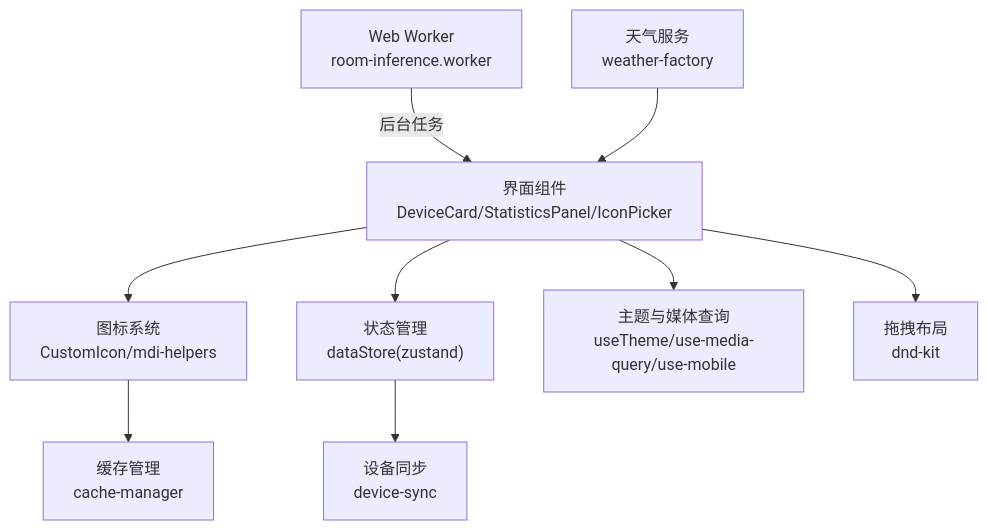
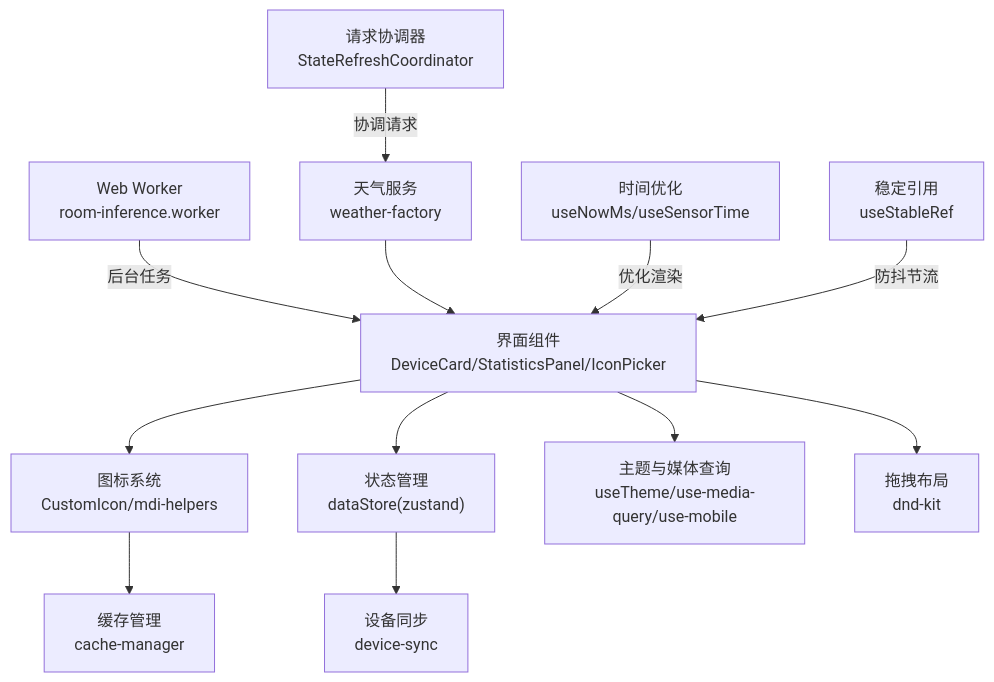
One commit to skyeyinkun/HAUI changed the second of 7 diagrams in .qoder/repowiki/zh/content/性能优化/性能优化.md. Above: the diagram before and after it, drawn with Mermaid. The commit also changed other lines of this file and 14 other files, not shown here.

````diff
--- a/.qoder/repowiki/zh/content/性能优化/性能优化.md
+++ b/.qoder/repowiki/zh/content/性能优化/性能优化.md
@@ -140,11 +165,14 @@
 ```mermaid
 graph TB
 UI["界面组件<br/>DeviceCard/StatisticsPanel/IconPicker"] --> ICON["图标系统<br/>CustomIcon/mdi-helpers"]
 ICON --> CACHE["缓存管理<br/>cache-manager"]
 UI --> STORE["状态管理<br/>dataStore(zustand)"]
 STORE --> SYNC["设备同步<br/>device-sync"]
 UI --> THEME["主题与媒体查询<br/>useTheme/use-media-query/use-mobile"]
 UI --> DND["拖拽布局<br/>dnd-kit"]
 WORKER["Web Worker<br/>room-inference.worker"] --> |后台任务| UI
 SERVICE["天气服务<br/>weather-factory"] --> UI
+RC["请求协调器<br/>StateRefreshCoordinator"] --> |协调请求| SERVICE
+TIME["时间优化<br/>useNowMs/useSensorTime"] --> |优化渲染| UI
+STABLE["稳定引用<br/>useStableRef"] --> |防抖节流| UI
 ```
````
